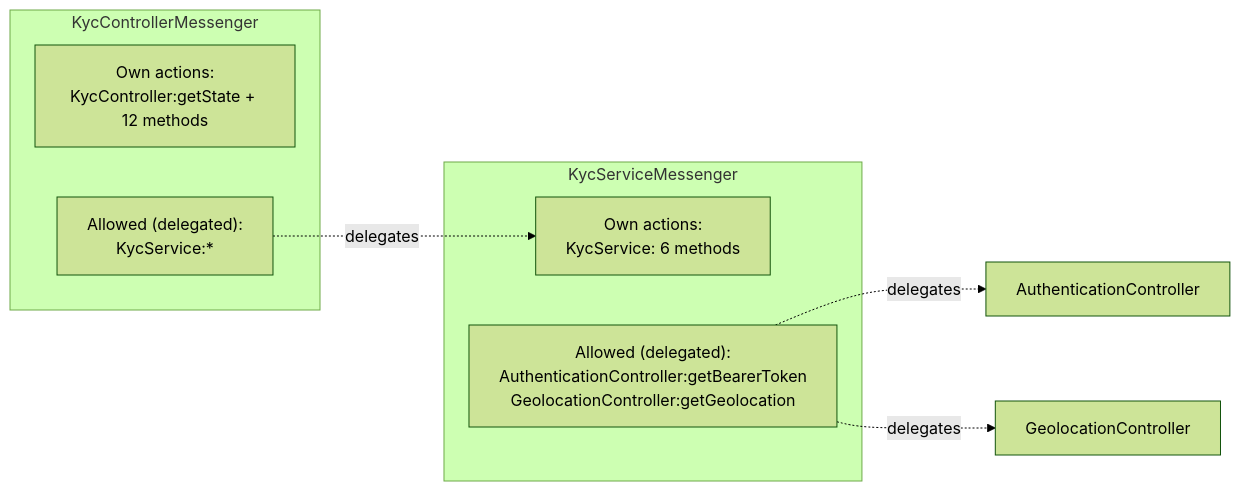
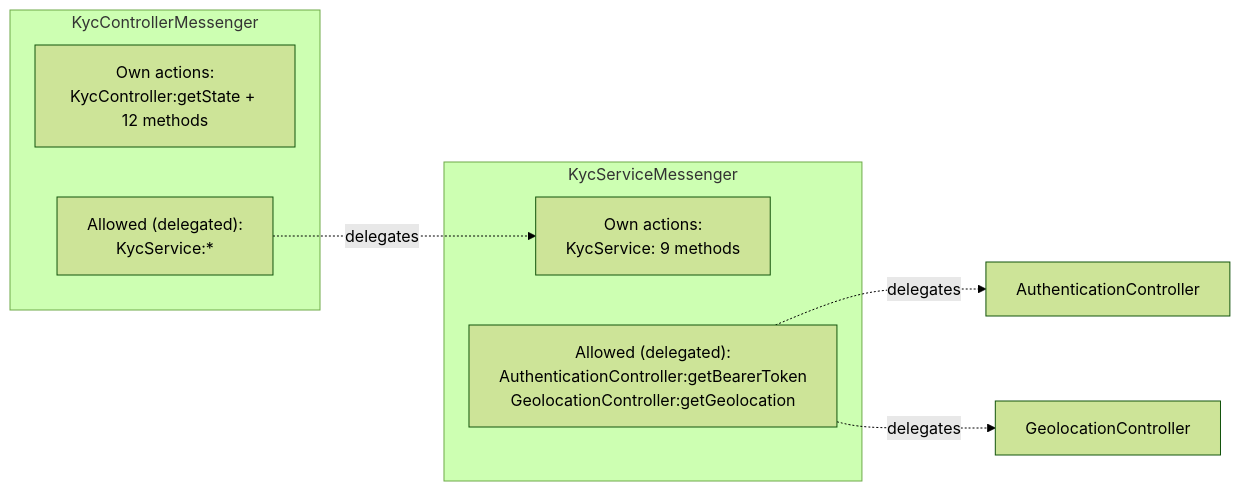
The eighth of 10 diagrams in packages/kyc-controller/ARCHITECTURE.md (MetaMask/core), drawn with Mermaid (forest theme) before and after one commit. The commit also changed other lines of this file and 2 other files, not shown here.

````diff
--- a/packages/kyc-controller/ARCHITECTURE.md
+++ b/packages/kyc-controller/ARCHITECTURE.md
@@ -472,15 +476,15 @@
 ```mermaid
 graph LR
     subgraph CtrlMsgr["KycControllerMessenger"]
         C_own["Own actions:<br/>KycController:getState + 12 methods"]
         C_ext["Allowed (delegated):<br/>KycService:*"]
     end
     subgraph SvcMsgr["KycServiceMessenger"]
-        S_own["Own actions:<br/>KycService: 6 methods"]
+        S_own["Own actions:<br/>KycService: 9 methods"]
         S_ext["Allowed (delegated):<br/>AuthenticationController:getBearerToken<br/>GeolocationController:getGeolocation"]
     end
 
     C_ext -.delegates.-> S_own
     S_ext -.delegates.-> Auth["AuthenticationController"]
     S_ext -.delegates.-> Geo["GeolocationController"]
 ```
````
